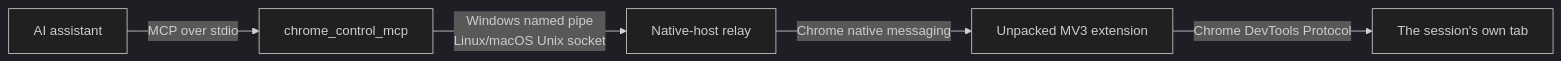
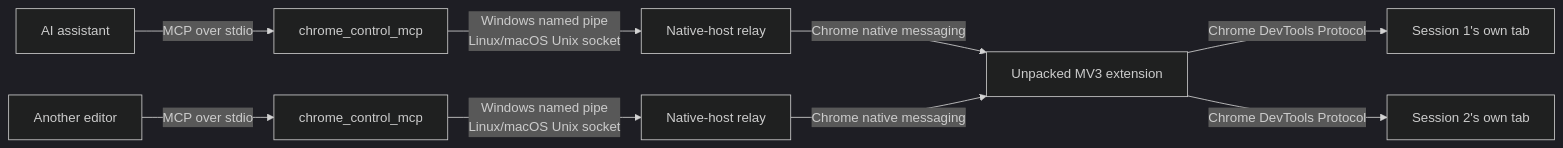
The diagram in README.md (RandyNorthrup/chrome-control-mcp), drawn with Mermaid (dark theme) before and after one commit. The commit also changed other lines of this file and 14 other files, not shown here.

````diff
--- a/README.md
+++ b/README.md
@@ -217,7 +226,11 @@
 ```mermaid
 flowchart LR
-    A[AI assistant] -->|MCP over stdio| B[chrome_control_mcp]
-    B -->|Windows named pipe<br/>Linux/macOS Unix socket| C[Native-host relay]
-    C -->|Chrome native messaging| D[Unpacked MV3 extension]
-    D -->|Chrome DevTools Protocol| E[The session's own tab]
+    A1[AI assistant] -->|MCP over stdio| B1[chrome_control_mcp]
+    A2[Another editor] -->|MCP over stdio| B2[chrome_control_mcp]
+    B1 -->|Windows named pipe<br/>Linux/macOS Unix socket| C1[Native-host relay]
+    B2 -->|Windows named pipe<br/>Linux/macOS Unix socket| C2[Native-host relay]
+    C1 -->|Chrome native messaging| D[Unpacked MV3 extension]
+    C2 -->|Chrome native messaging| D
+    D -->|Chrome DevTools Protocol| E1[Session 1's own tab]
+    D -->|Chrome DevTools Protocol| E2[Session 2's own tab]
 ```
````
